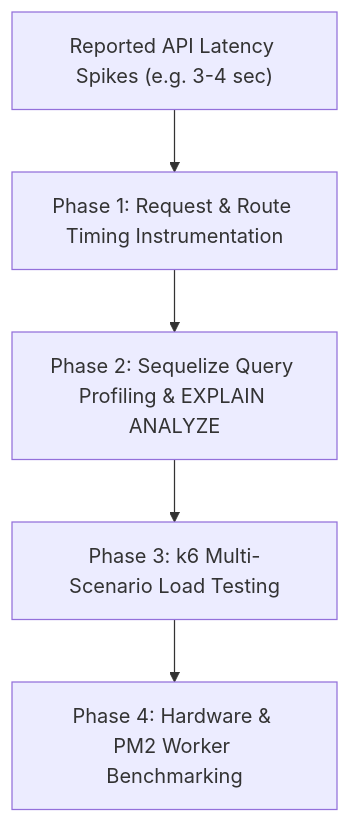
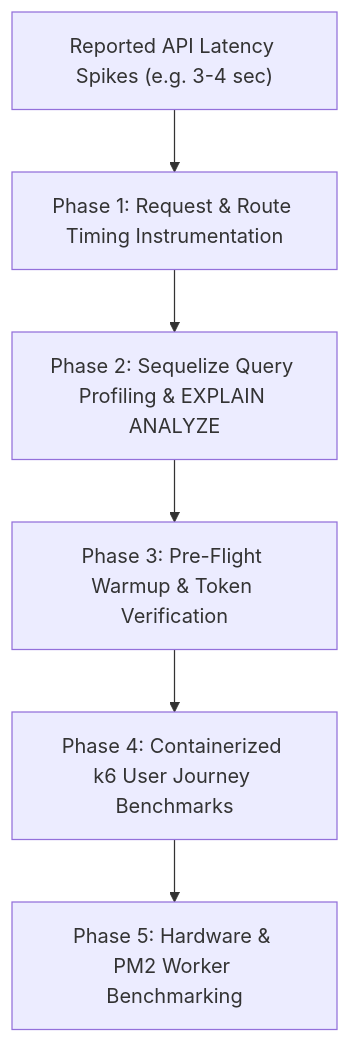
The diagram in frameworks/koa/skills/koa-performance-profiling/SKILL.md (muralitharan805/ai-agent-toolkit), drawn with Mermaid before and after one commit. The commit also changed other lines of this file and 3 other files, not shown here.

Commit message:
feat: add pre-flight warmup check script, formalize containerized testing standards, and implement auto-detection for benchmark result files.

````diff
--- a/frameworks/koa/skills/koa-performance-profiling/SKILL.md
+++ b/frameworks/koa/skills/koa-performance-profiling/SKILL.md
@@ -33,7 +28,8 @@
 ```mermaid
 graph TD
     A["Reported API Latency Spikes (e.g. 3-4 sec)"] --> B["Phase 1: Request & Route Timing Instrumentation"]
     B --> C["Phase 2: Sequelize Query Profiling & EXPLAIN ANALYZE"]
-    C --> D["Phase 3: k6 Multi-Scenario Load Testing"]
-    D --> E["Phase 4: Hardware & PM2 Worker Benchmarking"]
+    C --> D["Phase 3: Pre-Flight Warmup & Token Verification"]
+    D --> E["Phase 4: Containerized k6 User Journey Benchmarks"]
+    E --> F["Phase 5: Hardware & PM2 Worker Benchmarking"]
 ```
````
